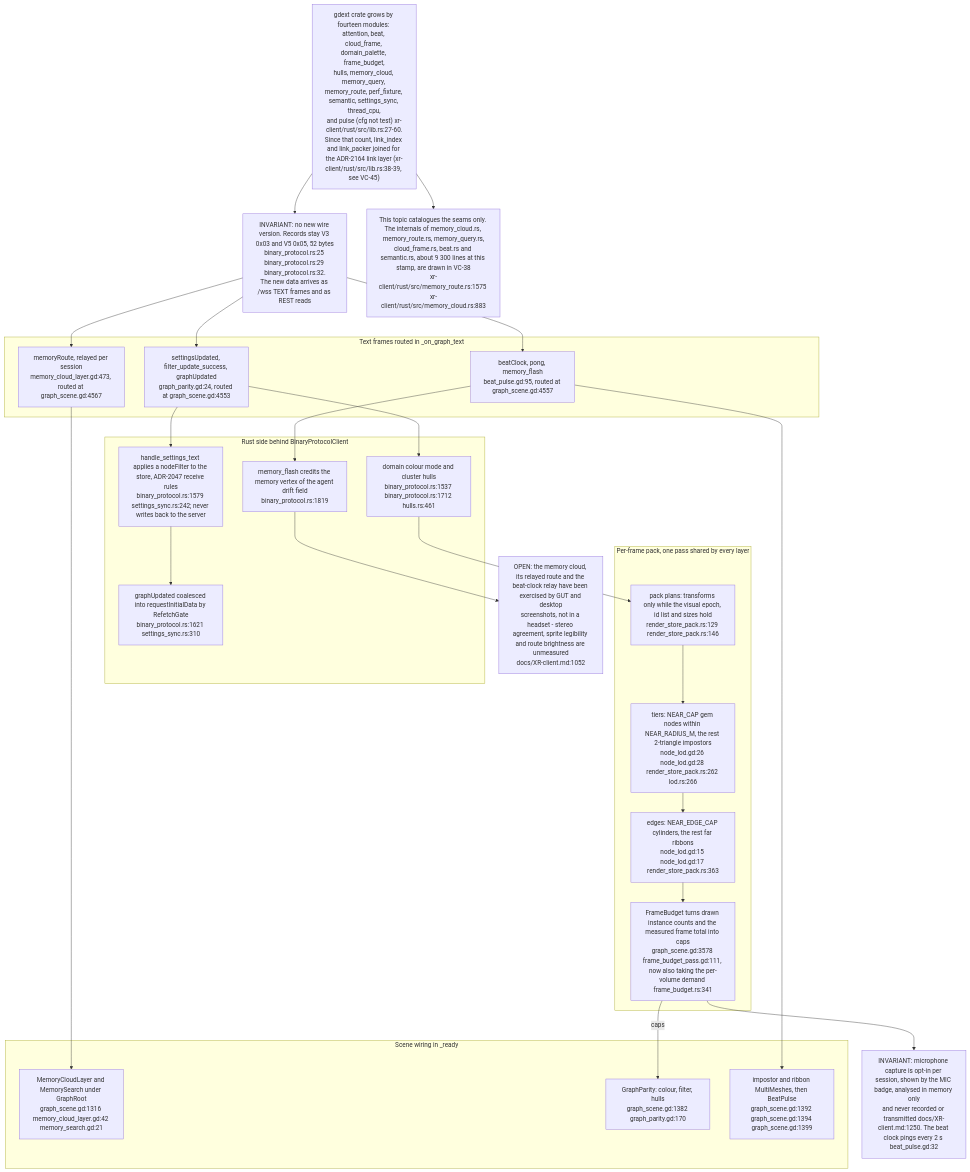
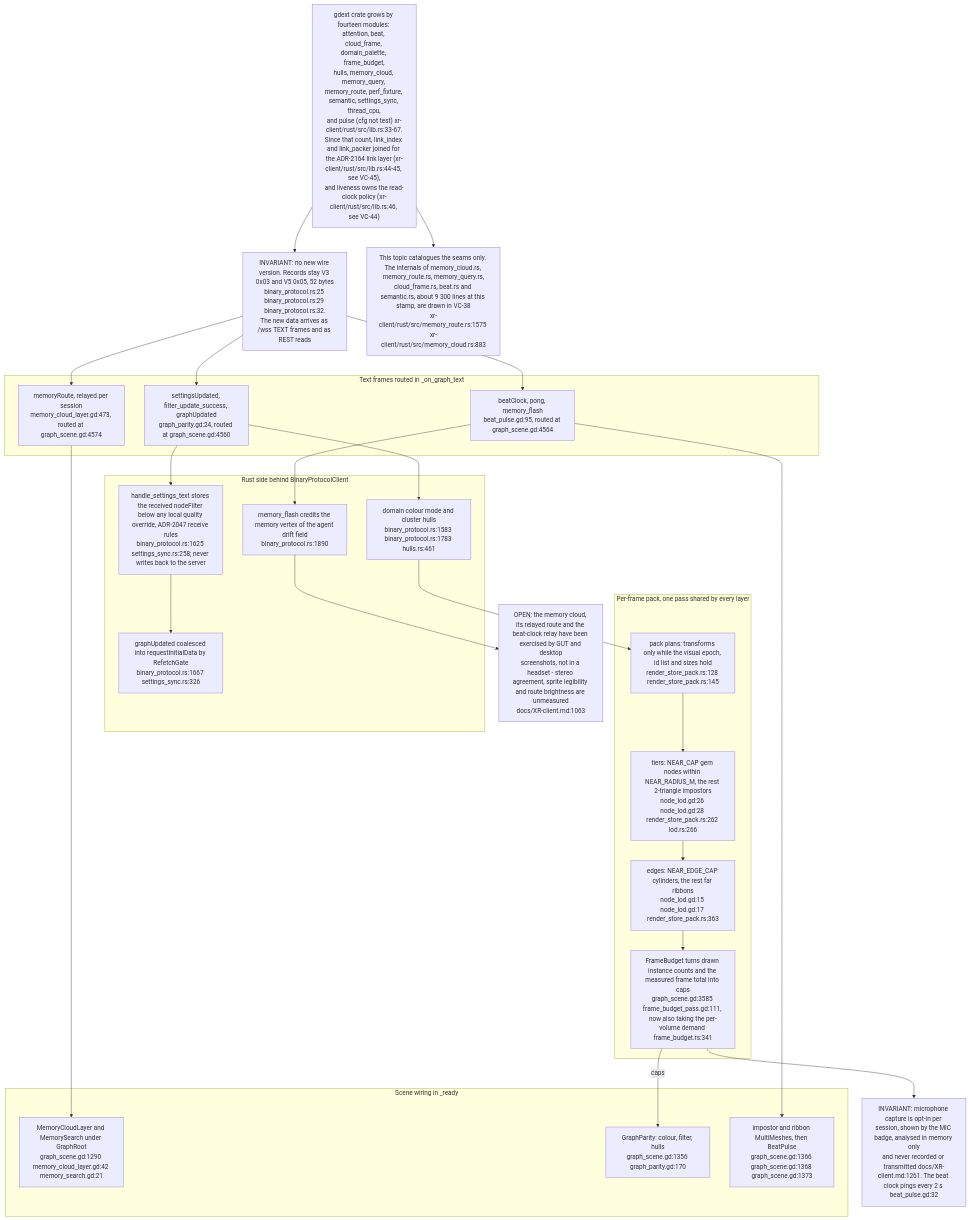
Before and after one commit to DreamLab-AI/VisionFlow: diagram 24 of 30 in docs/diagrams/visionclaw/36-godot-xr-client.md, drawn with Mermaid. The commit also changed other lines of this file and 24 other files, not shown here.

Commit message:
docs: align XR liveness, filtering and rendering diagrams (#33)

````diff
--- a/docs/diagrams/visionclaw/36-godot-xr-client.md
+++ b/docs/diagrams/visionclaw/36-godot-xr-client.md
@@ -1228,48 +1243,48 @@
 ```mermaid
 flowchart TB
-    LIB["gdext crate grows by fourteen modules: attention, beat, cloud_frame, domain_palette, frame_budget,<br/>hulls, memory_cloud, memory_query, memory_route, perf_fixture, semantic, settings_sync, thread_cpu,<br/>and pulse (cfg not test) xr-client/rust/src/lib.rs:27-60.<br/>Since that count, link_index and link_packer joined for the ADR-2164 link layer (xr-client/rust/src/lib.rs:38-39, see VC-45)"]
+    LIB["gdext crate grows by fourteen modules: attention, beat, cloud_frame, domain_palette, frame_budget,<br/>hulls, memory_cloud, memory_query, memory_route, perf_fixture, semantic, settings_sync, thread_cpu,<br/>and pulse (cfg not test) xr-client/rust/src/lib.rs:33-67.<br/>Since that count, link_index and link_packer joined for the ADR-2164 link layer (xr-client/rust/src/lib.rs:44-45, see VC-45),<br/>and liveness owns the read-clock policy (xr-client/rust/src/lib.rs:46, see VC-44)"]
     WIRE["INVARIANT: no new wire version. Records stay V3 0x03 and V5 0x05, 52 bytes<br/>binary_protocol.rs:25 binary_protocol.rs:29 binary_protocol.rs:32.<br/>The new data arrives as /wss TEXT frames and as REST reads"]
 
     subgraph text["Text frames routed in _on_graph_text"]
-        T1["settingsUpdated, filter_update_success, graphUpdated<br/>graph_parity.gd:24, routed at graph_scene.gd:4553"]
-        T2["beatClock, pong, memory_flash<br/>beat_pulse.gd:95, routed at graph_scene.gd:4557"]
-        T3["memoryRoute, relayed per session<br/>memory_cloud_layer.gd:473, routed at graph_scene.gd:4567"]
+        T1["settingsUpdated, filter_update_success, graphUpdated<br/>graph_parity.gd:24, routed at graph_scene.gd:4560"]
+        T2["beatClock, pong, memory_flash<br/>beat_pulse.gd:95, routed at graph_scene.gd:4564"]
+        T3["memoryRoute, relayed per session<br/>memory_cloud_layer.gd:473, routed at graph_scene.gd:4574"]
     end
 
     subgraph rust["Rust side behind BinaryProtocolClient"]
-        S1["handle_settings_text applies a nodeFilter to the store, ADR-2047 receive rules<br/>binary_protocol.rs:1579 settings_sync.rs:242; never writes back to the server"]
-        S2["graphUpdated coalesced into requestInitialData by RefetchGate<br/>binary_protocol.rs:1621 settings_sync.rs:310"]
-        S3["domain colour mode and cluster hulls<br/>binary_protocol.rs:1537 binary_protocol.rs:1712 hulls.rs:461"]
-        S4["memory_flash credits the memory vertex of the agent drift field<br/>binary_protocol.rs:1819"]
+        S1["handle_settings_text stores the received nodeFilter below any local quality override, ADR-2047 receive rules<br/>binary_protocol.rs:1625 settings_sync.rs:258; never writes back to the server"]
+        S2["graphUpdated coalesced into requestInitialData by RefetchGate<br/>binary_protocol.rs:1667 settings_sync.rs:326"]
+        S3["domain colour mode and cluster hulls<br/>binary_protocol.rs:1583 binary_protocol.rs:1783 hulls.rs:461"]
+        S4["memory_flash credits the memory vertex of the agent drift field<br/>binary_protocol.rs:1890"]
     end
 
     subgraph pack["Per-frame pack, one pass shared by every layer"]
-        P1["pack plans: transforms only while the visual epoch, id list and sizes hold<br/>render_store_pack.rs:129 render_store_pack.rs:146"]
+        P1["pack plans: transforms only while the visual epoch, id list and sizes hold<br/>render_store_pack.rs:128 render_store_pack.rs:145"]
         P2["tiers: NEAR_CAP gem nodes within NEAR_RADIUS_M, the rest 2-triangle impostors<br/>node_lod.gd:26 node_lod.gd:28 render_store_pack.rs:262 lod.rs:266"]
         P3["edges: NEAR_EDGE_CAP cylinders, the rest far ribbons<br/>node_lod.gd:15 node_lod.gd:17 render_store_pack.rs:363"]
-        P4["FrameBudget turns drawn instance counts and the measured frame total into caps<br/>graph_scene.gd:3578 frame_budget_pass.gd:111, now also taking the per-volume demand frame_budget.rs:341"]
+        P4["FrameBudget turns drawn instance counts and the measured frame total into caps<br/>graph_scene.gd:3585 frame_budget_pass.gd:111, now also taking the per-volume demand frame_budget.rs:341"]
     end
 
     subgraph scene["Scene wiring in _ready"]
-        W1["MemoryCloudLayer and MemorySearch under GraphRoot<br/>graph_scene.gd:1316 memory_cloud_layer.gd:42 memory_search.gd:21"]
-        W2["GraphParity: colour, filter, hulls<br/>graph_scene.gd:1382 graph_parity.gd:170"]
-        W3["impostor and ribbon MultiMeshes, then BeatPulse<br/>graph_scene.gd:1392 graph_scene.gd:1394 graph_scene.gd:1399"]
+        W1["MemoryCloudLayer and MemorySearch under GraphRoot<br/>graph_scene.gd:1290 memory_cloud_layer.gd:42 memory_search.gd:21"]
+        W2["GraphParity: colour, filter, hulls<br/>graph_scene.gd:1356 graph_parity.gd:170"]
+        W3["impostor and ribbon MultiMeshes, then BeatPulse<br/>graph_scene.gd:1366 graph_scene.gd:1368 graph_scene.gd:1373"]
     end
 
     LIB --> WIRE
     WIRE --> T1 & T2 & T3
     T1 --> S1 --> S2
     T1 --> S3
     T2 --> S4
     S3 --> P1 --> P2 --> P3 --> P4
     P4 -->|"caps"| W2
     T3 --> W1
     T2 --> W3
 
-    N1["INVARIANT: microphone capture is opt-in per session, shown by the MIC badge, analysed in memory only<br/>and never recorded or transmitted docs/XR-client.md:1250. The beat clock pings every 2 s beat_pulse.gd:32"]
-    N2["OPEN: the memory cloud, its relayed route and the beat-clock relay have been exercised by GUT and desktop<br/>screenshots, not in a headset - stereo agreement, sprite legibility and route brightness are unmeasured<br/>docs/XR-client.md:1052"]
+    N1["INVARIANT: microphone capture is opt-in per session, shown by the MIC badge, analysed in memory only<br/>and never recorded or transmitted docs/XR-client.md:1261. The beat clock pings every 2 s beat_pulse.gd:32"]
+    N2["OPEN: the memory cloud, its relayed route and the beat-clock relay have been exercised by GUT and desktop<br/>screenshots, not in a headset - stereo agreement, sprite legibility and route brightness are unmeasured<br/>docs/XR-client.md:1063"]
     N3["This topic catalogues the seams only. The internals of memory_cloud.rs, memory_route.rs, memory_query.rs,<br/>cloud_frame.rs, beat.rs and semantic.rs, about 9 300 lines at this stamp, are drawn in VC-38<br/>xr-client/rust/src/memory_route.rs:1575 xr-client/rust/src/memory_cloud.rs:883"]
     P4 --> N1
     S4 --> N2
     LIB --> N3
 ```
````
